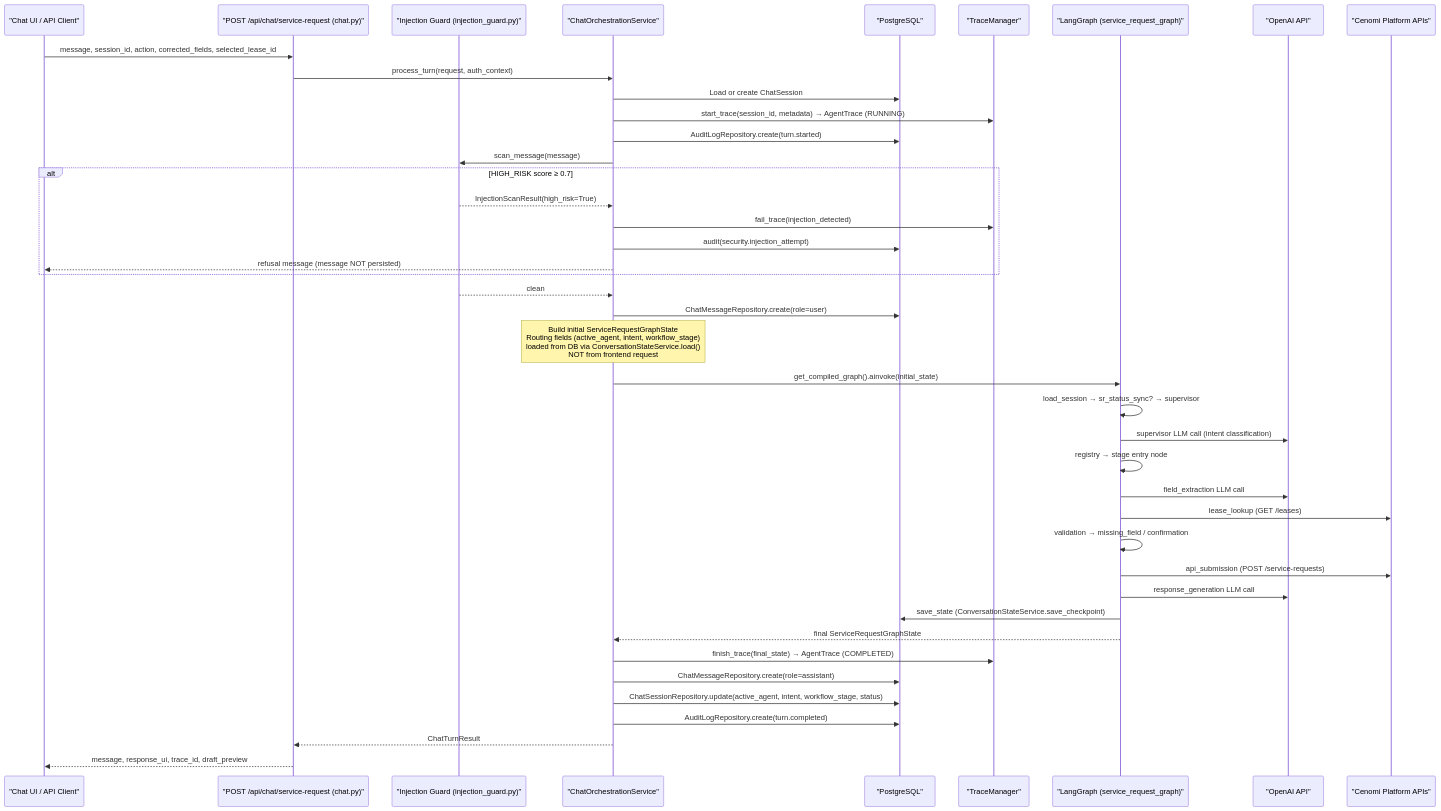
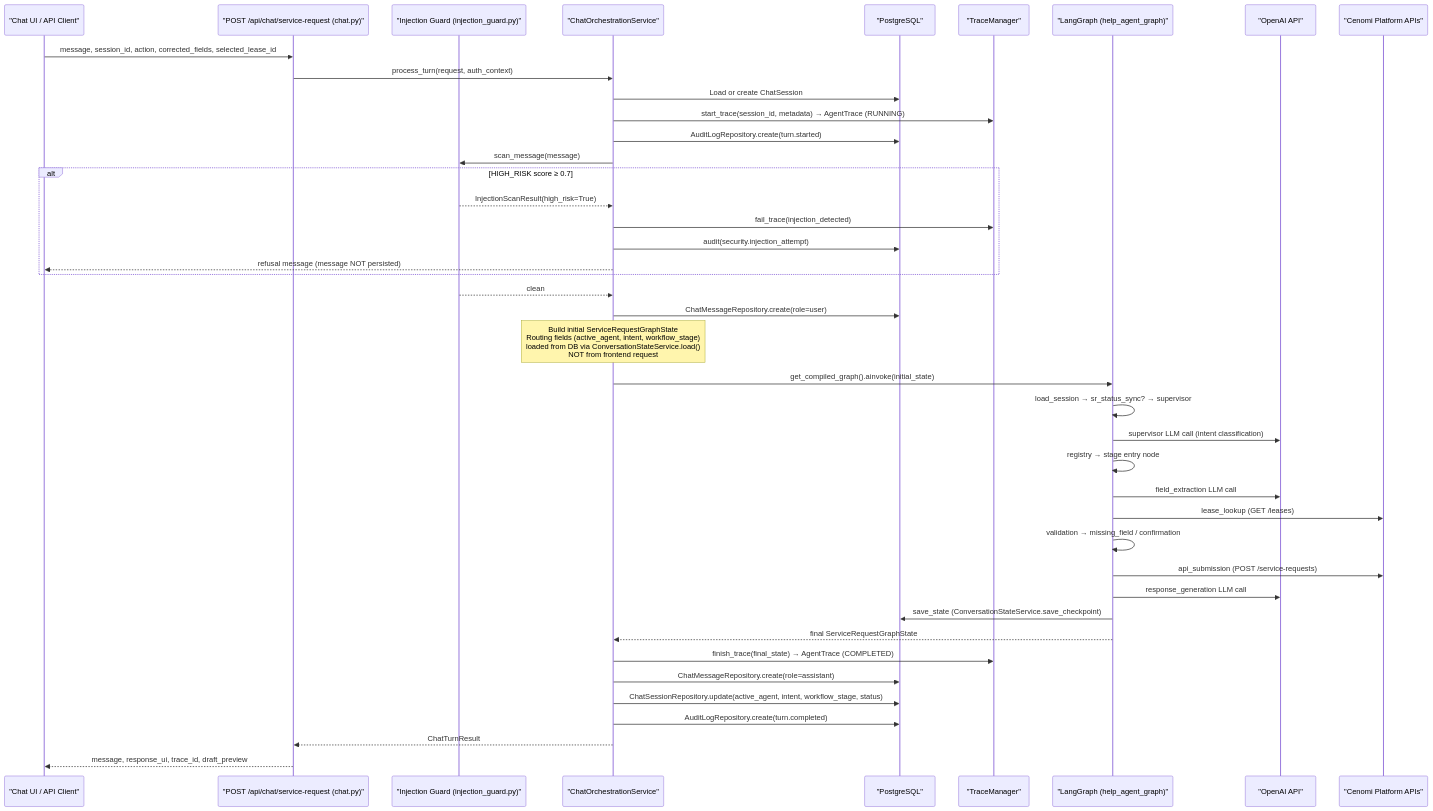
Before and after one commit to swa01wk/cenomi-api-v2: the second of 8 diagrams in service-request-chatbot/docs/agent-design-complete.md, drawn with Mermaid. The commit also changed other lines of this file and 7 other files, not shown here.

````diff
--- a/service-request-chatbot/docs/agent-design-complete.md
+++ b/service-request-chatbot/docs/agent-design-complete.md
@@ -128,53 +161,53 @@
 ```mermaid
 sequenceDiagram
     participant Client as "Chat UI / API Client"
     participant Router as "POST /api/chat/service-request (chat.py)"
     participant Guard as "Injection Guard (injection_guard.py)"
     participant Orch as "ChatOrchestrationService"
     participant DB as "PostgreSQL"
     participant Trace as "TraceManager"
-    participant Graph as "LangGraph (service_request_graph)"
+    participant Graph as "LangGraph (help_agent_graph)"
     participant LLM as "OpenAI API"
     participant Ext as "Cenomi Platform APIs"
 
     Client->>Router: message, session_id, action, corrected_fields, selected_lease_id
     Router->>Orch: process_turn(request, auth_context)
 
     Orch->>DB: Load or create ChatSession
     Orch->>Trace: start_trace(session_id, metadata) → AgentTrace (RUNNING)
     Orch->>DB: AuditLogRepository.create(turn.started)
     Orch->>Guard: scan_message(message)
 
     alt HIGH_RISK score ≥ 0.7
         Guard-->>Orch: InjectionScanResult(high_risk=True)
         Orch->>Trace: fail_trace(injection_detected)
         Orch->>DB: audit(security.injection_attempt)
         Orch-->>Client: refusal message (message NOT persisted)
     end
 
     Guard-->>Orch: clean
     Orch->>DB: ChatMessageRepository.create(role=user)
 
     Note over Orch: Build initial ServiceRequestGraphState<br/>Routing fields (active_agent, intent, workflow_stage)<br/>loaded from DB via ConversationStateService.load()<br/>NOT from frontend request
 
     Orch->>Graph: get_compiled_graph().ainvoke(initial_state)
 
     Graph->>Graph: load_session → sr_status_sync? → supervisor
     Graph->>LLM: supervisor LLM call (intent classification)
     Graph->>Graph: registry → stage entry node
     Graph->>LLM: field_extraction LLM call
     Graph->>Ext: lease_lookup (GET /leases)
     Graph->>Graph: validation → missing_field / confirmation
     Graph->>Ext: api_submission (POST /service-requests)
     Graph->>LLM: response_generation LLM call
     Graph->>DB: save_state (ConversationStateService.save_checkpoint)
     Graph-->>Orch: final ServiceRequestGraphState
 
     Orch->>Trace: finish_trace(final_state) → AgentTrace (COMPLETED)
     Orch->>DB: ChatMessageRepository.create(role=assistant)
     Orch->>DB: ChatSessionRepository.update(active_agent, intent, workflow_stage, status)
     Orch->>DB: AuditLogRepository.create(turn.completed)
 
     Orch-->>Router: ChatTurnResult
     Router-->>Client: message, response_ui, trace_id, draft_preview
 ```
````
